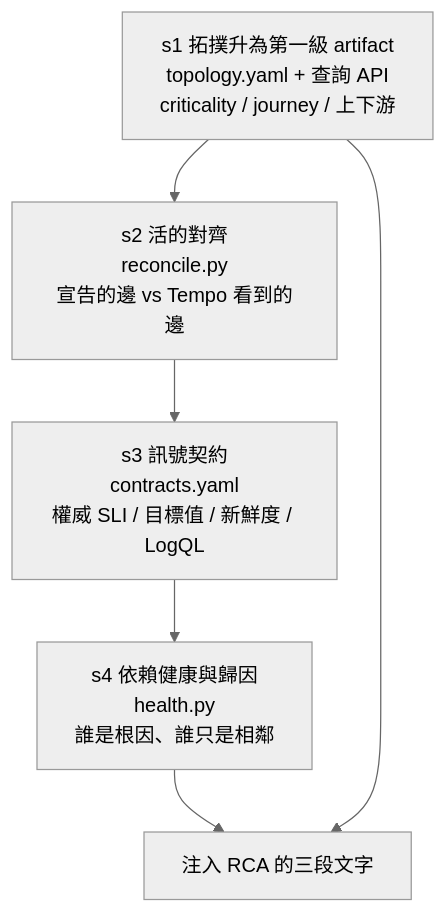
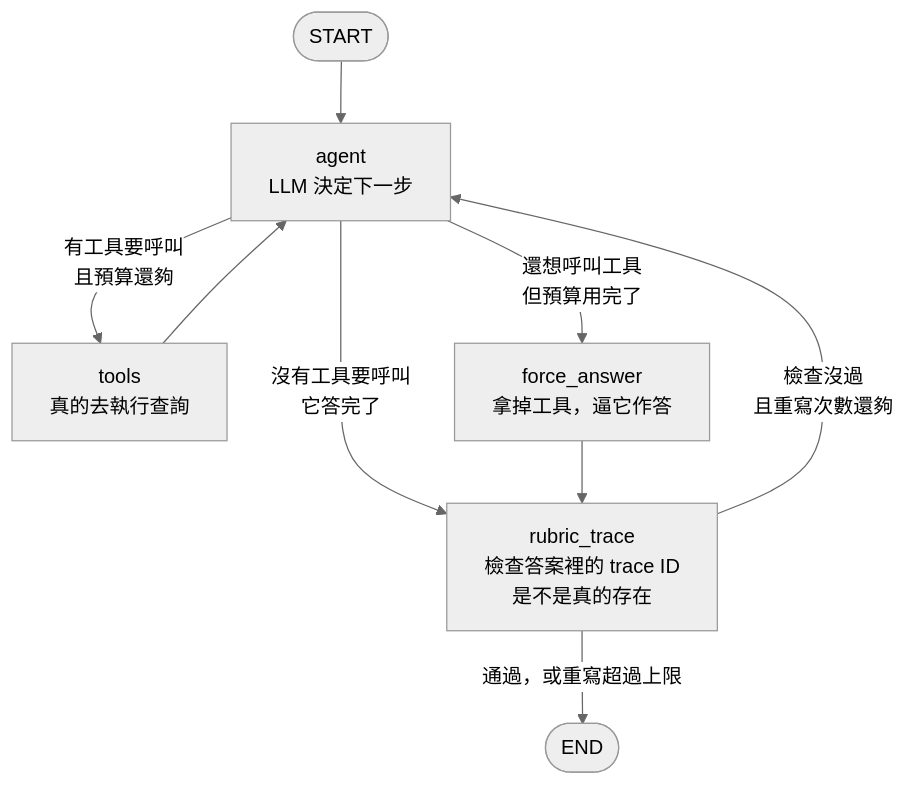
One commit to tedmax100/o11y-bench changed the second of 2 diagrams in weaver-demo/ironman-2026/day19.md. Above: the diagram before and after it, drawn with Mermaid (neutral theme). The commit also changed other lines of this file and 81 other files, not shown here.

````diff
--- a/weaver-demo/ironman-2026/day19.md
+++ b/weaver-demo/ironman-2026/day19.md
@@ -22,10 +131,11 @@
 ```mermaid
 flowchart TB
-    S1["s1 拓撲升為第一級 artifact<br/>topology.yaml + 查詢 API<br/>criticality / journey / 上下游"]
-    S2["s2 活的對齊<br/>reconcile.py<br/>宣告的邊 vs Tempo 看到的邊"]
-    S3["s3 訊號契約<br/>contracts.yaml<br/>權威 SLI / 目標值 / 新鮮度 / LogQL"]
-    S4["s4 依賴健康與歸因<br/>health.py<br/>誰是根因、誰只是相鄰"]
-    S1 --> S2 --> S3 --> S4
-    S4 --> OUT["注入 RCA 的三段文字"]
-    S1 --> OUT
+    START(["START"]) --> AG["agent<br/>LLM 決定下一步"]
+    AG -->|"有工具要呼叫<br/>且預算還夠"| TL["tools<br/>真的去執行查詢"]
+    TL --> AG
+    AG -->|"還想呼叫工具<br/>但預算用完了"| FA["force_answer<br/>拿掉工具，逼它作答"]
+    AG -->|"沒有工具要呼叫<br/>它答完了"| RB["rubric_trace<br/>檢查答案裡的 trace ID<br/>是不是真的存在"]
+    FA --> RB
+    RB -->|"檢查沒過<br/>且重寫次數還夠"| AG
+    RB -->|"通過，或重寫超過上限"| E(["END"])
 ```
````
